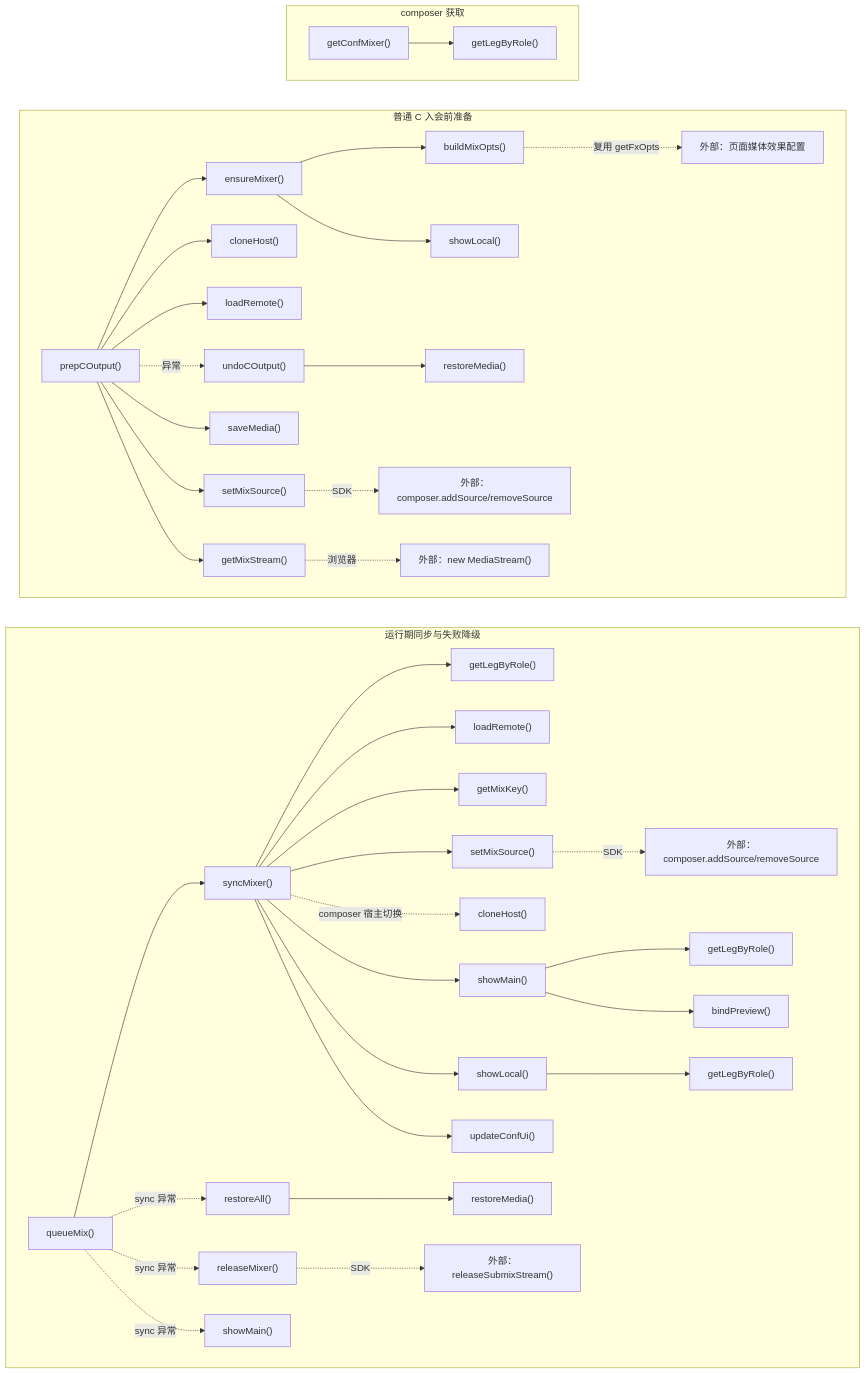
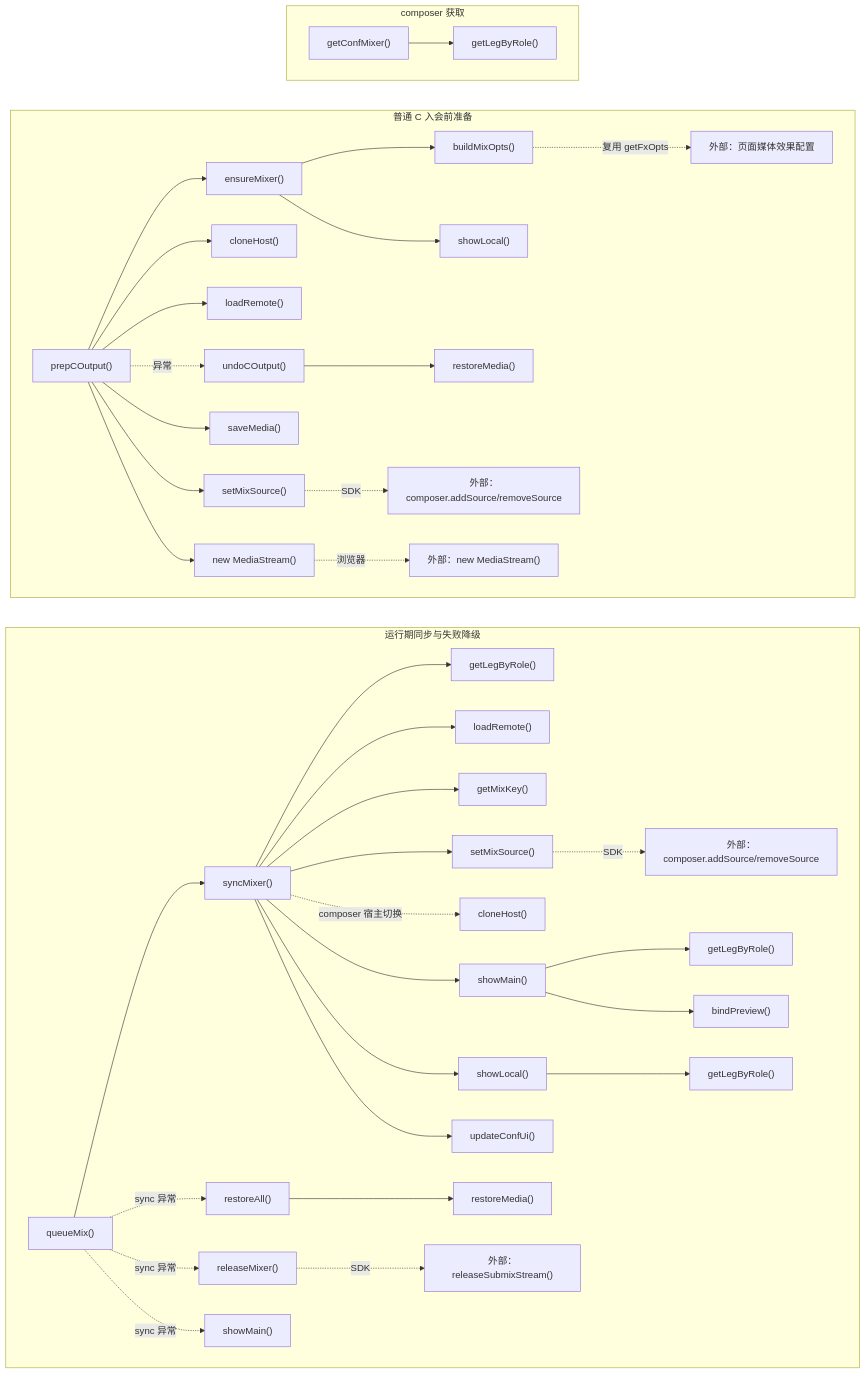
Diagram 16 of 20 in docs/app-conference-guide.md (lei40251/JsSIP), drawn with Mermaid before and after one commit. The commit also changed other lines of this file and 12 other files, not shown here.

````diff
--- a/docs/app-conference-guide.md
+++ b/docs/app-conference-guide.md
@@ -1204,49 +1203,49 @@
 ```mermaid
 flowchart TB
   subgraph LOOKUP_FLOW["composer 获取"]
     direction LR
     GET["getConfMixer()"] --> BYROLE_GET["getLegByRole()"]
   end
 
   subgraph PREP_FLOW["普通 C 入会前准备"]
     direction LR
     PREPARE["prepCOutput()"] --> ENSURE["ensureMixer()"]
     PREPARE --> CLONE_PREP["cloneHost()"]
     PREPARE --> HYDRATE_PREP["loadRemote()"]
     PREPARE --> SOURCE_PREP["setMixSource()"]
     PREPARE --> REMEMBER["saveMedia()"]
-    PREPARE --> OUTPUT["getMixStream()"]
+    PREPARE --> OUTPUT["new MediaStream()"]
     PREPARE -.->|"异常"| ROLLBACK["undoCOutput()"]
     ENSURE --> OPT["buildMixOpts()"]
     ENSURE --> LOCAL_PREP["showLocal()"]
     OPT -.->|"复用 getFxOpts"| EXTOPT["外部：页面媒体效果配置"]
     ROLLBACK --> RESTORE_ONE_PREP["restoreMedia()"]
     SOURCE_PREP -.->|"SDK"| ADDREMOVE_PREP["外部：composer.addSource/removeSource"]
     OUTPUT -.->|"浏览器"| STREAM["外部：new MediaStream()"]
   end
 
   subgraph SYNC_FLOW["运行期同步与失败降级"]
     direction LR
     SCHEDULE["queueMix()"] --> SYNC["syncMixer()"]
     SCHEDULE -.->|"sync 异常"| RESTORE_ALL["restoreAll()"]
     SCHEDULE -.->|"sync 异常"| RELEASE["releaseMixer()"]
     SCHEDULE -.->|"sync 异常"| MAIN_FAIL["showMain()"]
     SYNC --> BYROLE_SYNC["getLegByRole()"]
     SYNC --> HYDRATE_SYNC["loadRemote()"]
     SYNC --> SIGN["getMixKey()"]
     SYNC --> SOURCE_SYNC["setMixSource()"]
     SYNC -.->|"composer 宿主切换"| CLONE_SYNC["cloneHost()"]
     SYNC --> LOCAL_SYNC["showLocal()"]
     SYNC --> MAIN_SYNC["showMain()"]
     SYNC --> UI["updateConfUi()"]
     RESTORE_ALL --> RESTORE_ONE_SYNC["restoreMedia()"]
     RELEASE -.->|"SDK"| SUBMIX["外部：releaseSubmixStream()"]
     SOURCE_SYNC -.->|"SDK"| ADDREMOVE_SYNC["外部：composer.addSource/removeSource"]
     MAIN_SYNC --> BYROLE_MAIN["getLegByRole()"]
     MAIN_SYNC --> PREVIEW["bindPreview()"]
     LOCAL_SYNC --> BYROLE_LOCAL["getLegByRole()"]
   end
 
   LOOKUP_FLOW ~~~ PREP_FLOW
   PREP_FLOW ~~~ SYNC_FLOW
 ```
````
